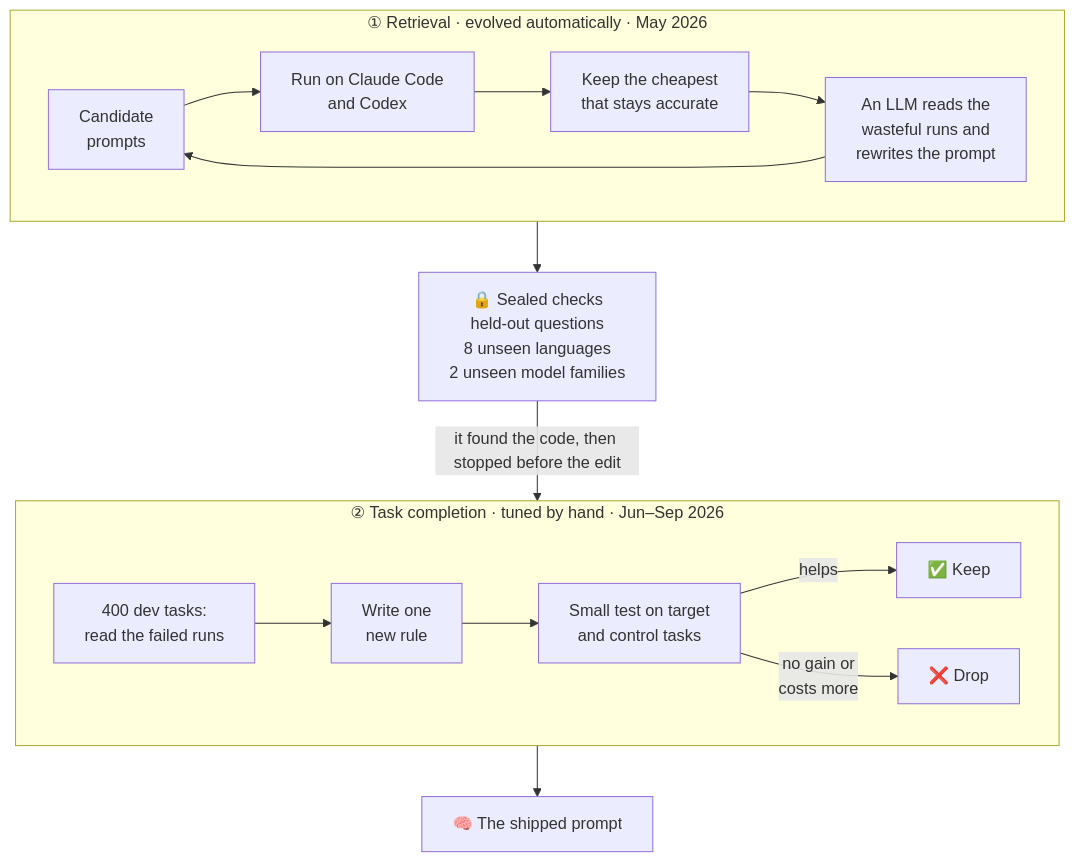
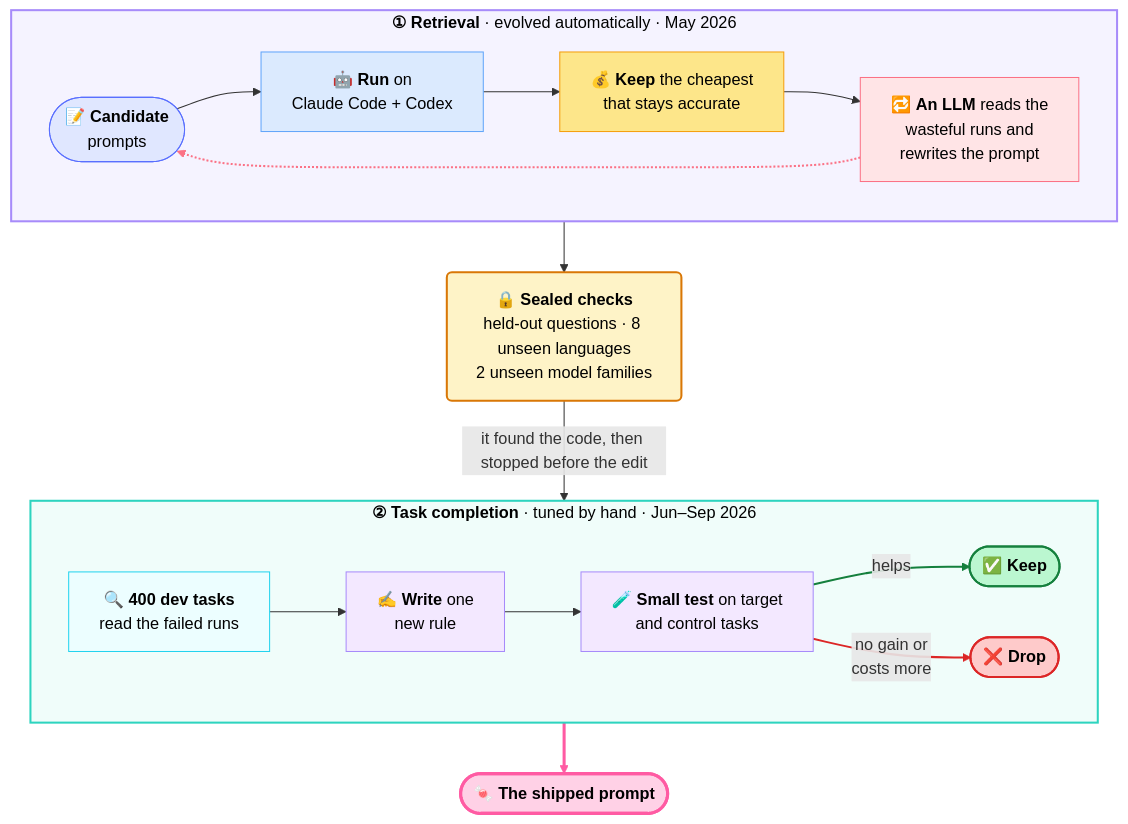
The second of 2 diagrams in README.md (mrsladoje/sweet-search), drawn with Mermaid before and after one commit.

Commit message:
readme: colour the prompt-tuning diagram
Per-node palette from the banner and the search-pipeline diagram,
tinted step boxes, green keep / red drop edges, pink shipped prompt.
Dark text on light fills so it reads in GitHub light and dark themes.

````diff
--- a/README.md
+++ b/README.md
@@ -884,20 +884,50 @@
 ```mermaid
 flowchart TB
-    subgraph S1["① Retrieval · evolved automatically · May 2026"]
+    subgraph S1["<b>① Retrieval</b> · evolved automatically · May 2026"]
         direction LR
-        A["Candidate<br/>prompts"] --> B["Run on Claude Code<br/>and Codex"]
-        B --> C["Keep the cheapest<br/>that stays accurate"]
-        C --> D["An LLM reads the<br/>wasteful runs and<br/>rewrites the prompt"]
-        D --> A
+        A(["📝 <b>Candidate</b><br/>prompts"]) --> B["🤖 <b>Run</b> on<br/>Claude Code + Codex"]
+        B --> C["💰 <b>Keep</b> the cheapest<br/>that stays accurate"]
+        C --> D["🔁 <b>An LLM</b> reads the<br/>wasteful runs and<br/>rewrites the prompt"]
+        D -.-> A
     end
-    S1 --> V["🔒 Sealed checks<br/>held-out questions<br/>8 unseen languages<br/>2 unseen model families"]
+    S1 --> V("🔒 <b>Sealed checks</b><br/>held-out questions · 8 unseen languages<br/>2 unseen model families")
     V -->|"it found the code, then stopped before the edit"| S2
-    subgraph S2["② Task completion · tuned by hand · Jun–Sep 2026"]
+    subgraph S2["<b>② Task completion</b> · tuned by hand · Jun–Sep 2026"]
         direction LR
-        E["400 dev tasks:<br/>read the failed runs"] --> F["Write one<br/>new rule"]
-        F --> G["Small test on target<br/>and control tasks"]
-        G -->|"helps"| H["✅ Keep"]
-        G -->|"no gain or<br/>costs more"| I["❌ Drop"]
+        E["🔍 <b>400 dev tasks</b><br/>read the failed runs"] --> F["✍️ <b>Write</b> one<br/>new rule"]
+        F --> G["🧪 <b>Small test</b> on target<br/>and control tasks"]
+        G -->|"helps"| H(["✅ <b>Keep</b>"])
+        G -->|"no gain or<br/>costs more"| I(["❌ <b>Drop</b>"])
     end
-    S2 --> P["🧠 The shipped prompt"]
+    S2 ==> P(["🍬 <b>The shipped prompt</b>"])
+
+    classDef cand  fill:#e0e7ff,stroke:#596fff,color:#000;
+    classDef run   fill:#dbeafe,stroke:#60a5fa,color:#000;
+    classDef score fill:#fde68a,stroke:#f59e0b,color:#000;
+    classDef llm   fill:#ffe4e6,stroke:#fb7185,color:#000;
+    classDef seal  fill:#fef3c7,stroke:#d97706,color:#000,stroke-width:2px;
+    classDef dig   fill:#ecfeff,stroke:#22d3ee,color:#000;
+    classDef rule  fill:#f3e8ff,stroke:#a78bfa,color:#000;
+    classDef keep  fill:#bbf7d0,stroke:#15803d,color:#000,stroke-width:2px;
+    classDef drop  fill:#fecaca,stroke:#dc2626,color:#000,stroke-width:2px;
+    classDef ship  fill:#ffd1e6,stroke:#ff5ba3,color:#000,stroke-width:3px;
+
+    class A cand;
+    class B run;
+    class C score;
+    class D llm;
+    class V seal;
+    class E dig;
+    class F,G rule;
+    class H keep;
+    class I drop;
+    class P ship;
+
+    style S1 fill:#f5f3ff,stroke:#a78bfa,stroke-width:2px,color:#000;
+    style S2 fill:#f0fdfa,stroke:#2dd4bf,stroke-width:2px,color:#000;
+
+    linkStyle 3 stroke:#fb7185,stroke-width:2px;
+    linkStyle 8 stroke:#15803d,stroke-width:2px;
+    linkStyle 9 stroke:#dc2626,stroke-width:2px;
+    linkStyle 10 stroke:#ff5ba3,stroke-width:3px;
 ```
````
